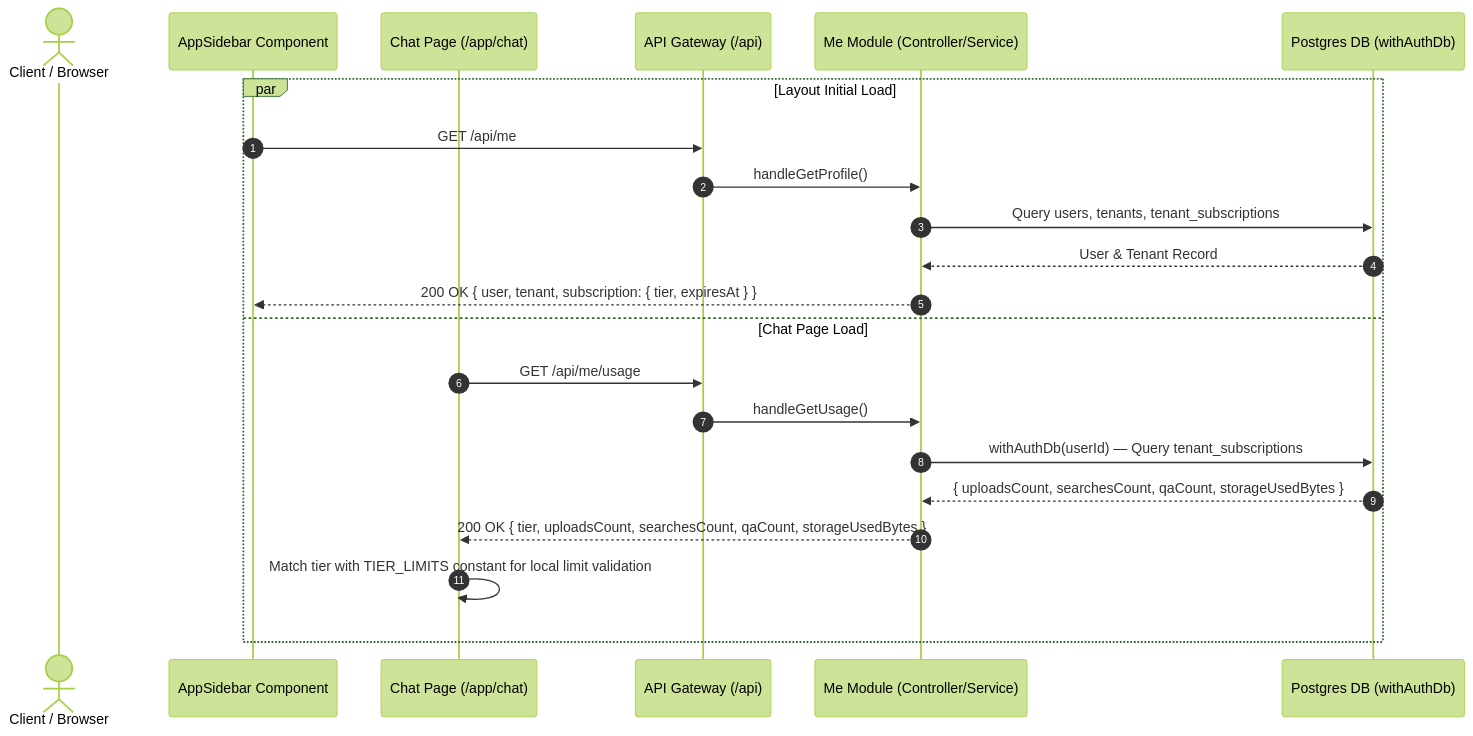
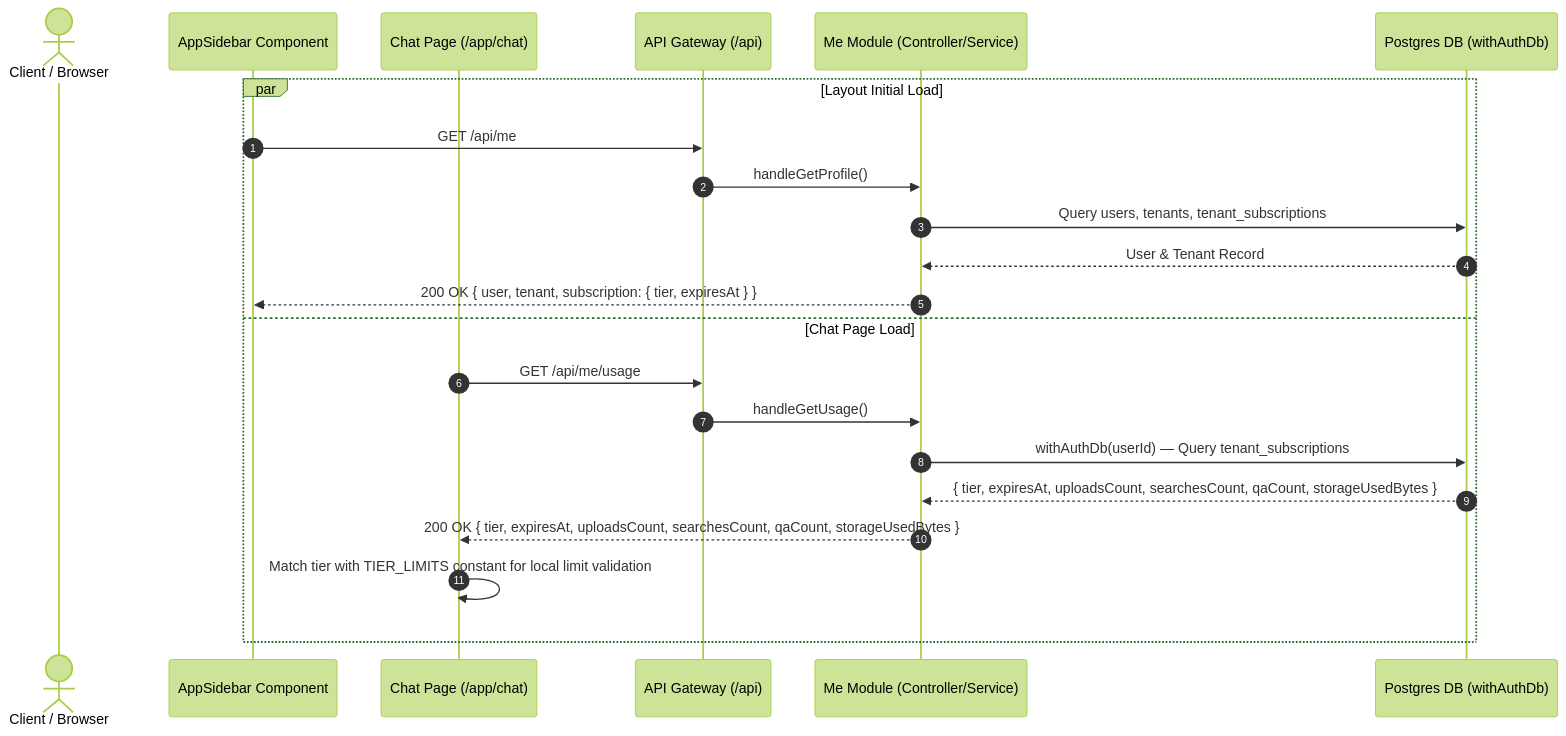
Before and after one commit to kanzhamada/Dokyudo: the diagram in docs/features/me-and-usage-endpoints.md, drawn with Mermaid (forest theme). The commit also changed other lines of this file and 8 other files, not shown here.

````diff
--- a/docs/features/me-and-usage-endpoints.md
+++ b/docs/features/me-and-usage-endpoints.md
@@ -17,25 +17,25 @@
 ```mermaid
 sequenceDiagram
     autonumber
     actor User as Client / Browser
     participant Sidebar as AppSidebar Component
     participant ChatPage as Chat Page (/app/chat)
     participant Router as API Gateway (/api)
     participant MeModule as Me Module (Controller/Service)
     participant DB as Postgres DB (withAuthDb)
 
     par Layout Initial Load
         Sidebar->>Router: GET /api/me
         Router->>MeModule: handleGetProfile()
         MeModule->>DB: Query users, tenants, tenant_subscriptions
         DB-->>MeModule: User & Tenant Record
         MeModule-->>Sidebar: 200 OK { user, tenant, subscription: { tier, expiresAt } }
     and Chat Page Load
         ChatPage->>Router: GET /api/me/usage
         Router->>MeModule: handleGetUsage()
         MeModule->>DB: withAuthDb(userId) — Query tenant_subscriptions
-        DB-->>MeModule: { uploadsCount, searchesCount, qaCount, storageUsedBytes }
-        MeModule-->>ChatPage: 200 OK { tier, uploadsCount, searchesCount, qaCount, storageUsedBytes }
+        DB-->>MeModule: { tier, expiresAt, uploadsCount, searchesCount, qaCount, storageUsedBytes }
+        MeModule-->>ChatPage: 200 OK { tier, expiresAt, uploadsCount, searchesCount, qaCount, storageUsedBytes }
         ChatPage->>ChatPage: Match tier with TIER_LIMITS constant for local limit validation
     end
 ```
````
